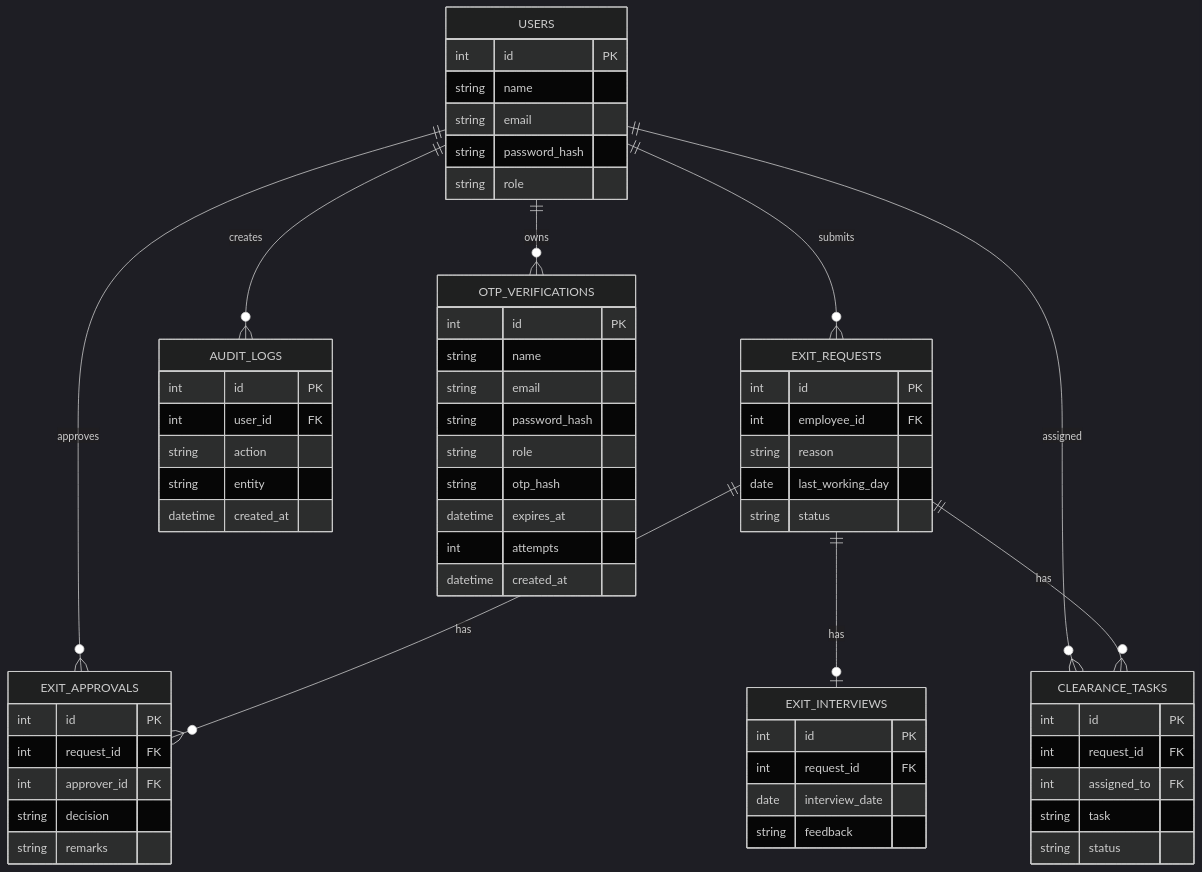
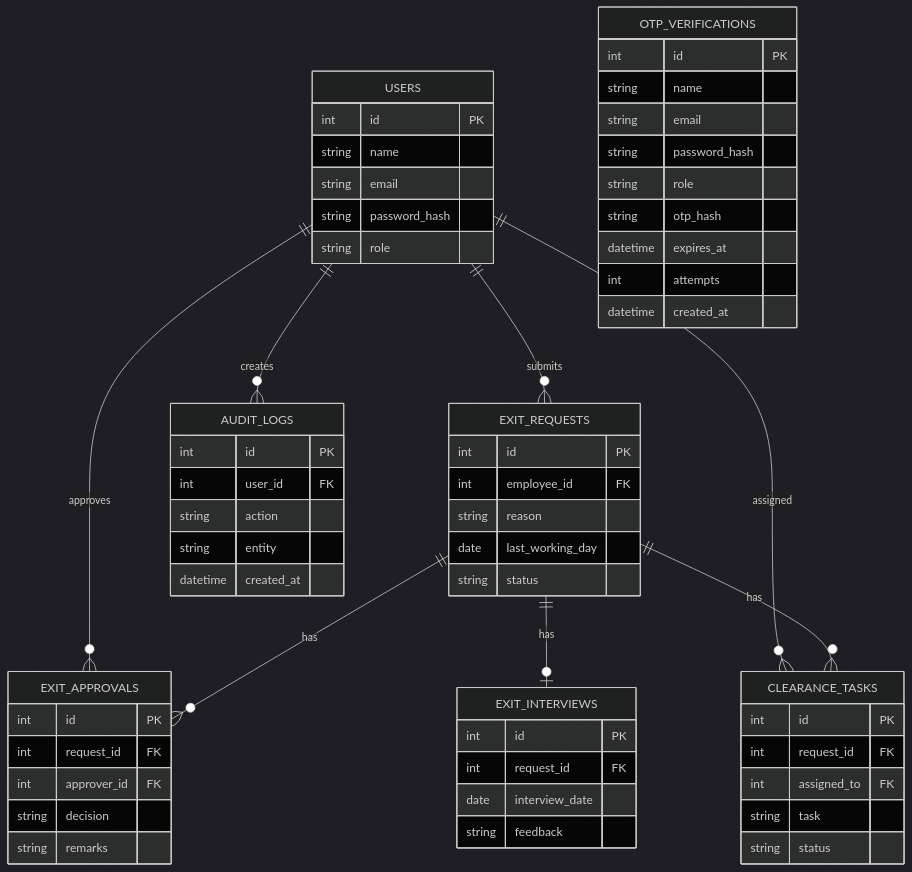
Before and after one commit to Gopiga-2006/employee-exit-management-system: the diagram in docs/diagrams/er-diagram.md, drawn with Mermaid (dark theme).

Commit message:
docs: correct otp diagram relationship

````diff
--- a/docs/diagrams/er-diagram.md
+++ b/docs/diagrams/er-diagram.md
@@ -3,64 +3,63 @@
 ```mermaid
 erDiagram
     USERS ||--o{ EXIT_REQUESTS : submits
     USERS ||--o{ EXIT_APPROVALS : approves
     EXIT_REQUESTS ||--o{ EXIT_APPROVALS : has
     EXIT_REQUESTS ||--o| EXIT_INTERVIEWS : has
     USERS ||--o{ CLEARANCE_TASKS : assigned
     EXIT_REQUESTS ||--o{ CLEARANCE_TASKS : has
     USERS ||--o{ AUDIT_LOGS : creates
-    USERS ||--o{ OTP_VERIFICATIONS : owns
 
     USERS {
         int id PK
         string name
         string email
         string password_hash
         string role
     }
     EXIT_REQUESTS {
         int id PK
         int employee_id FK
         string reason
         date last_working_day
         string status
     }
     EXIT_APPROVALS {
         int id PK
         int request_id FK
         int approver_id FK
         string decision
         string remarks
     }
     EXIT_INTERVIEWS {
         int id PK
         int request_id FK
         date interview_date
         string feedback
     }
     CLEARANCE_TASKS {
         int id PK
         int request_id FK
         int assigned_to FK
         string task
         string status
     }
     AUDIT_LOGS {
         int id PK
         int user_id FK
         string action
         string entity
         datetime created_at
     }
     OTP_VERIFICATIONS {
         int id PK
         string name
         string email
         string password_hash
         string role
         string otp_hash
         datetime expires_at
         int attempts
         datetime created_at
     }
 ```
````
